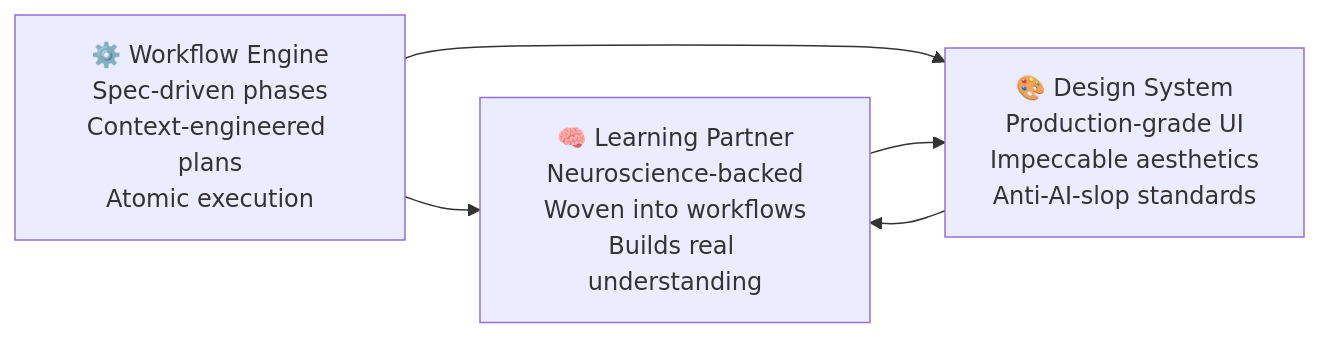
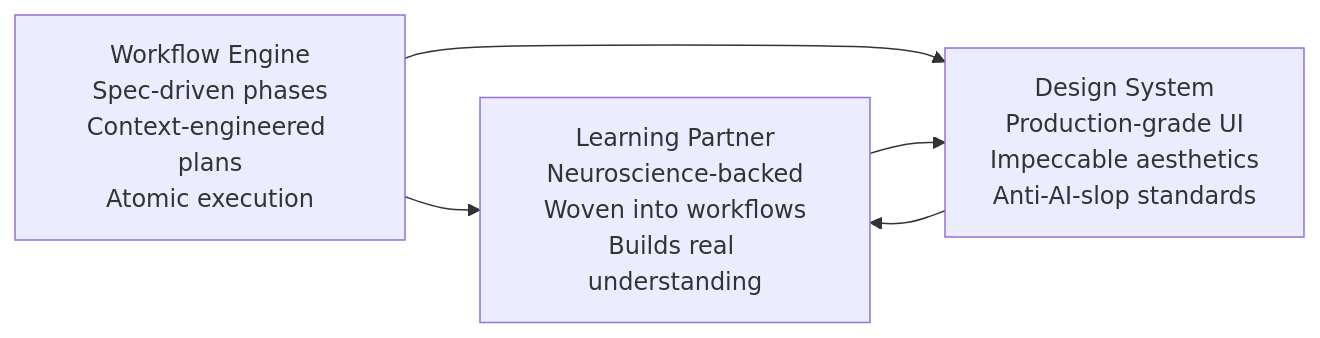
One commit to AdrianTJ/learnship changed the first of 7 diagrams in README.md. Above: the diagram before and after it, drawn with Mermaid. The commit also changed other lines of this file, not shown here.

Commit message:
fix: mermaid \n -> <br/>, CI badge branch param, remove releases badge

````diff
--- a/README.md
+++ b/README.md
@@ -59,7 +58,7 @@
 ```mermaid
 graph LR
-    WE["⚙️ Workflow Engine\nSpec-driven phases\nContext-engineered plans\nAtomic execution"] --> LP["🧠 Learning Partner\nNeuroscience-backed\nWoven into workflows\nBuilds real understanding"]
-    WE --> DS["🎨 Design System\nProduction-grade UI\nImpeccable aesthetics\nAnti-AI-slop standards"]
+    WE["Workflow Engine<br/>Spec-driven phases<br/>Context-engineered plans<br/>Atomic execution"] --> LP["Learning Partner<br/>Neuroscience-backed<br/>Woven into workflows<br/>Builds real understanding"]
+    WE --> DS["Design System<br/>Production-grade UI<br/>Impeccable aesthetics<br/>Anti-AI-slop standards"]
     LP --> DS
     DS --> LP
 ```
````
